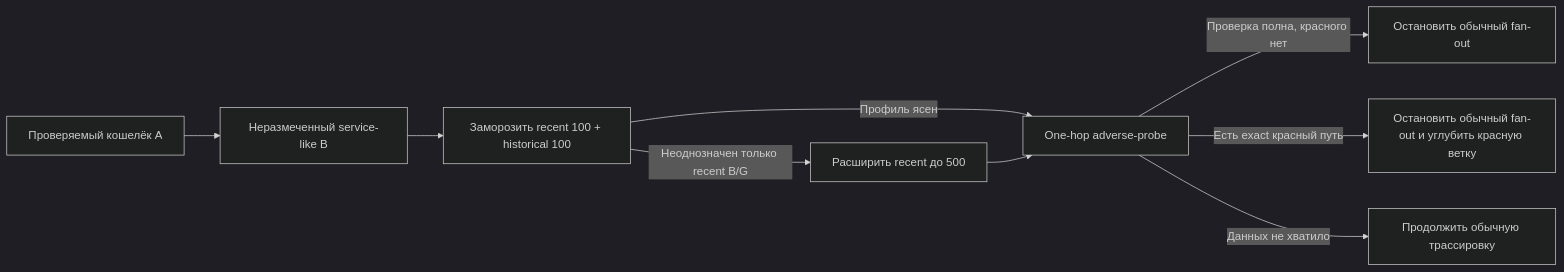
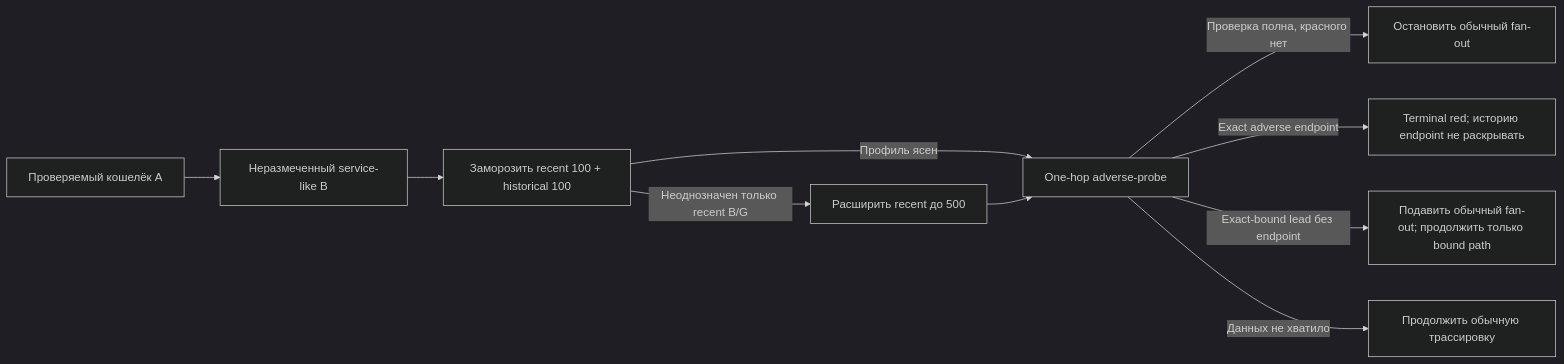
Before and after one commit to katoonagu/smartcontract: the diagram in docs/superpowers/specs/2026-07-29-service-boundary-sampling-amendment-design.md, drawn with Mermaid (dark theme). The commit also changed other lines of this file and 6 other files, not shown here.

````diff
--- a/docs/superpowers/specs/2026-07-29-service-boundary-sampling-amendment-design.md
+++ b/docs/superpowers/specs/2026-07-29-service-boundary-sampling-amendment-design.md
@@ -55,11 +60,12 @@
 ```mermaid
 flowchart LR
     A["Проверяемый кошелёк A"] --> B["Неразмеченный service-like B"]
     B --> W["Заморозить recent 100 + historical 100"]
     W -->|"Неоднозначен только recent B/G"| E["Расширить recent до 500"]
     W -->|"Профиль ясен"| P["One-hop adverse-probe"]
     E --> P
     P -->|"Проверка полна, красного нет"| S["Остановить обычный fan-out"]
-    P -->|"Есть exact красный путь"| R["Остановить обычный fan-out и углубить красную ветку"]
+    P -->|"Exact adverse endpoint"| T["Terminal red; историю endpoint не раскрывать"]
+    P -->|"Exact-bound lead без endpoint"| R["Подавить обычный fan-out; продолжить только bound path"]
     P -->|"Данных не хватило"| C["Продолжить обычную трассировку"]
 ```
````
